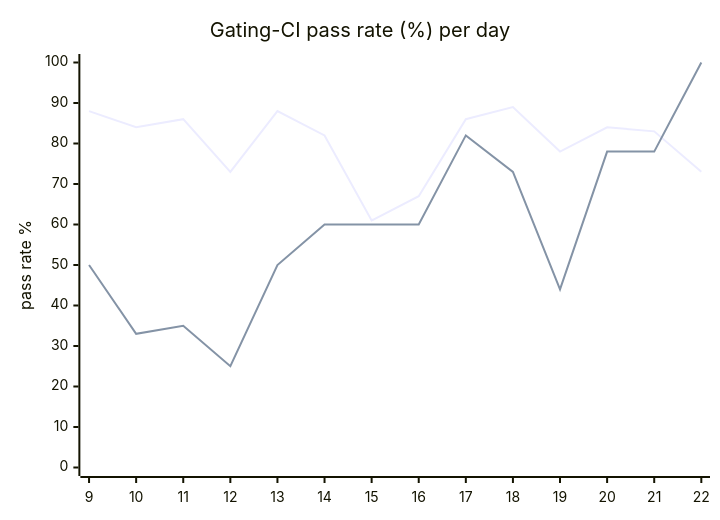
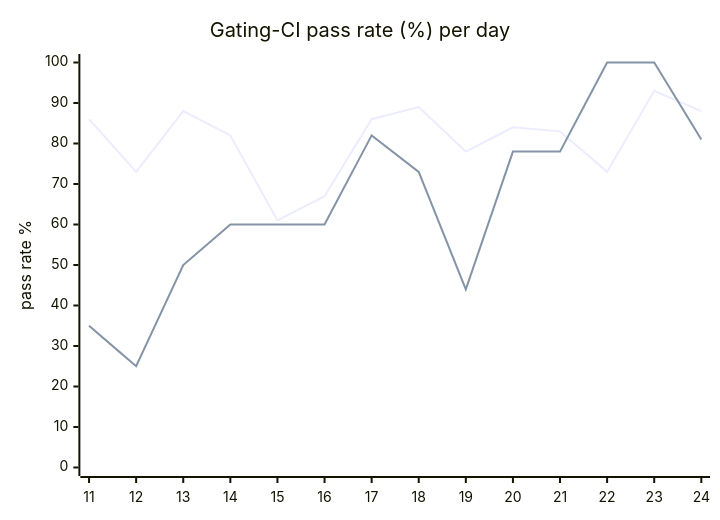
The diagram in hack/ci/ci-dashboard/staging/issue.md (hatchet-dev/hatchet), drawn with Mermaid before and after one commit. The commit also changed other lines of this file, not shown here.

````diff
--- a/hack/ci/ci-dashboard/staging/issue.md
+++ b/hack/ci/ci-dashboard/staging/issue.md
@@ -9,8 +9,8 @@
 ```mermaid
 xychart-beta
   title "Gating-CI pass rate (%) per day"
-  x-axis [9, 10, 11, 12, 13, 14, 15, 16, 17, 18, 19, 20, 21, 22]
+  x-axis [11, 12, 13, 14, 15, 16, 17, 18, 19, 20, 21, 22, 23, 24]
   y-axis "pass rate %" 0 --> 100
-  line "CI" [88, 84, 86, 73, 88, 82, 61, 67, 86, 89, 78, 84, 83, 73]
-  line "main" [50, 33, 35, 25, 50, 60, 60, 60, 82, 73, 44, 78, 78, 100]
+  line "CI" [86, 73, 88, 82, 61, 67, 86, 89, 78, 84, 83, 73, 93, 88]
+  line "main" [35, 25, 50, 60, 60, 60, 82, 73, 44, 78, 78, 100, 100, 81]
 ```
````
